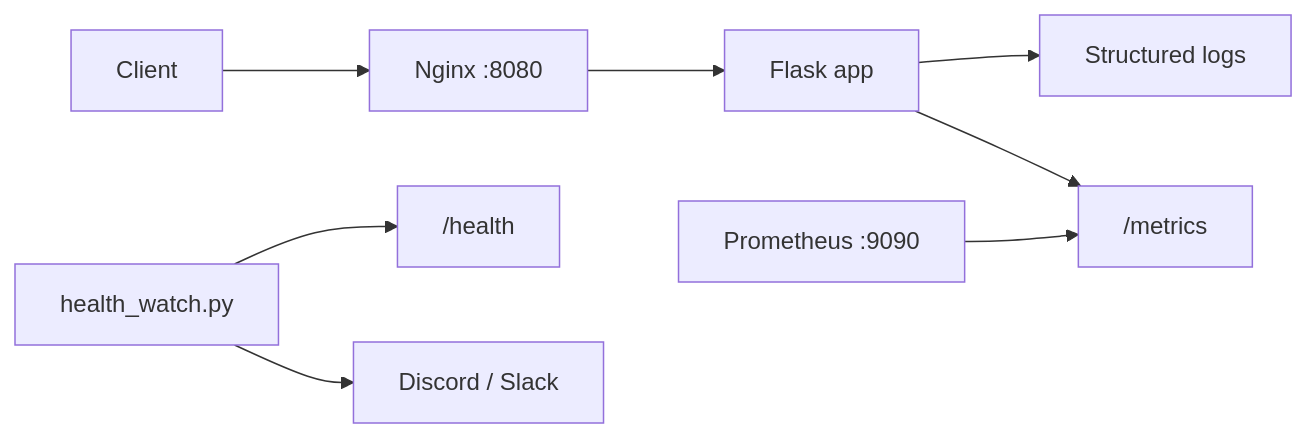
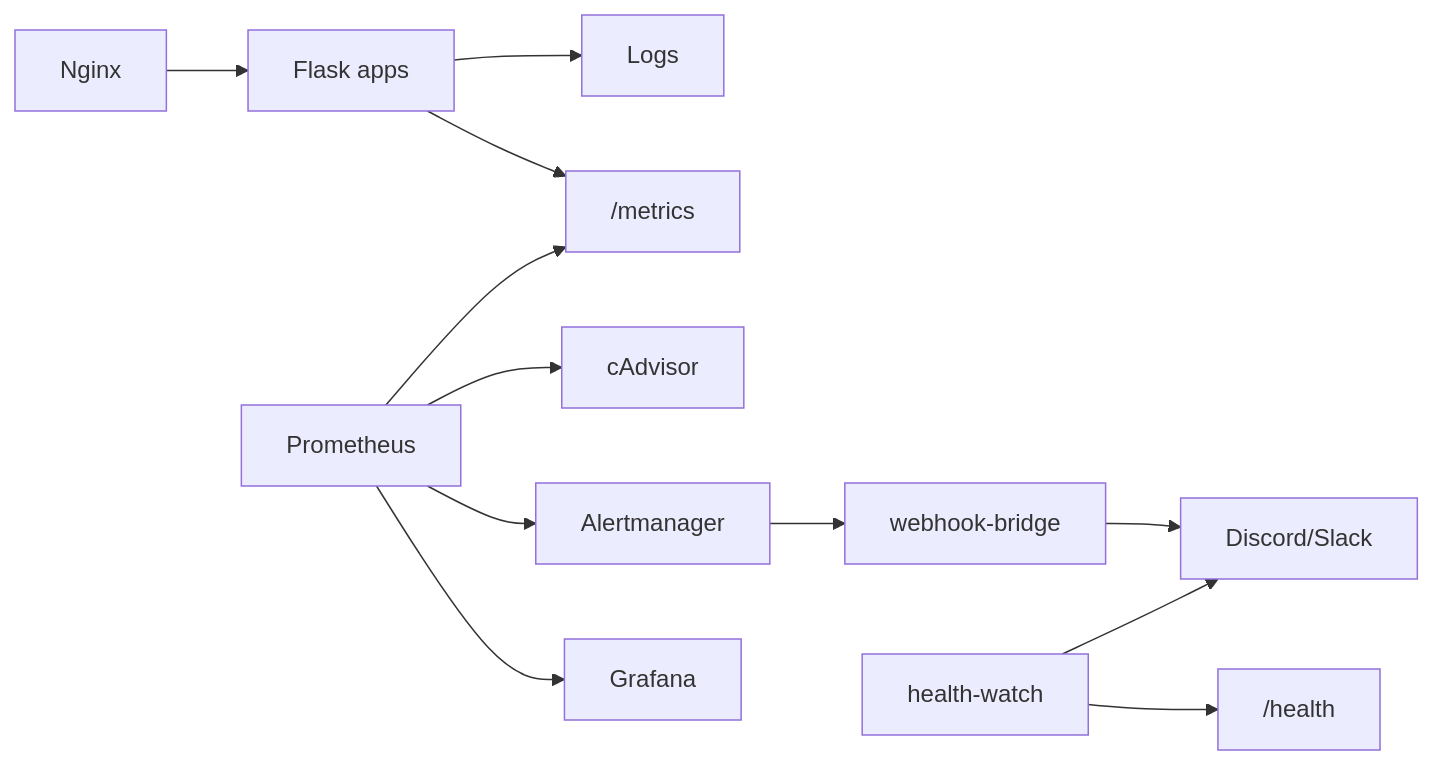
Before and after one commit to MartinLam12/PE-Hackathon-Template-2026: the diagram in docs/observability.md, drawn with Mermaid. The commit also changed other lines of this file and 17 other files, not shown here.

````diff
--- a/docs/observability.md
+++ b/docs/observability.md
@@ -74,10 +72,14 @@
 ```mermaid
 flowchart LR
-    Client[Client] --> Nginx[Nginx :8080]
-    Nginx --> App[Flask app]
-    App --> Logs[Structured logs]
+    Nginx --> App[Flask apps]
+    App --> Logs[Logs]
     App --> Metrics["/metrics"]
-    Prometheus[Prometheus :9090] --> Metrics
-    Watch[health_watch.py] --> Health["/health"]
-    Watch --> Webhook[Discord / Slack]
+    Prometheus --> Metrics
+    Prometheus --> cAdvisor[cAdvisor]
+    Prometheus --> Alertmanager
+    Alertmanager --> Bridge[webhook-bridge]
+    Bridge --> Chat[Discord/Slack]
+    Prometheus --> Grafana[Grafana]
+    Watch[health-watch] --> Health["/health"]
+    Watch --> Chat
 ```
````
